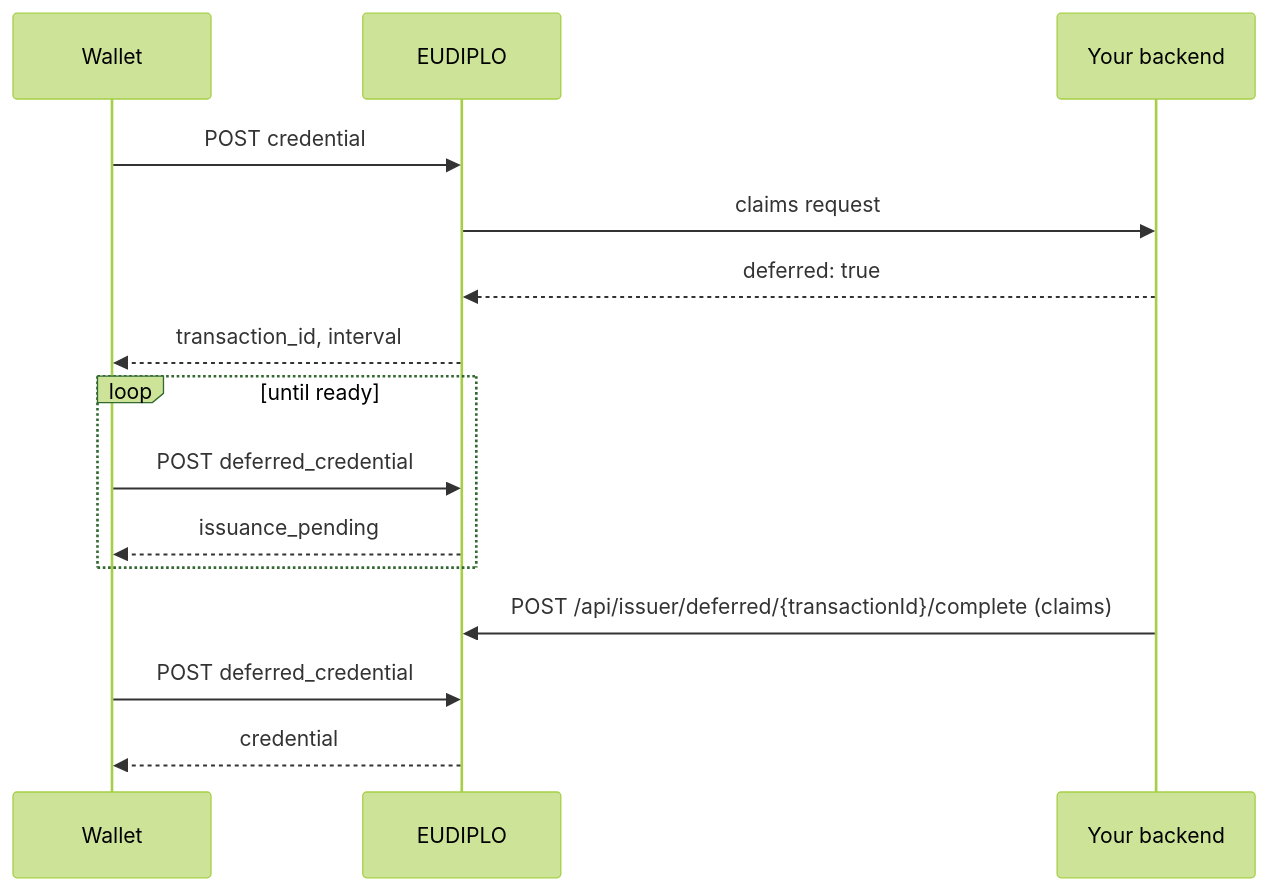
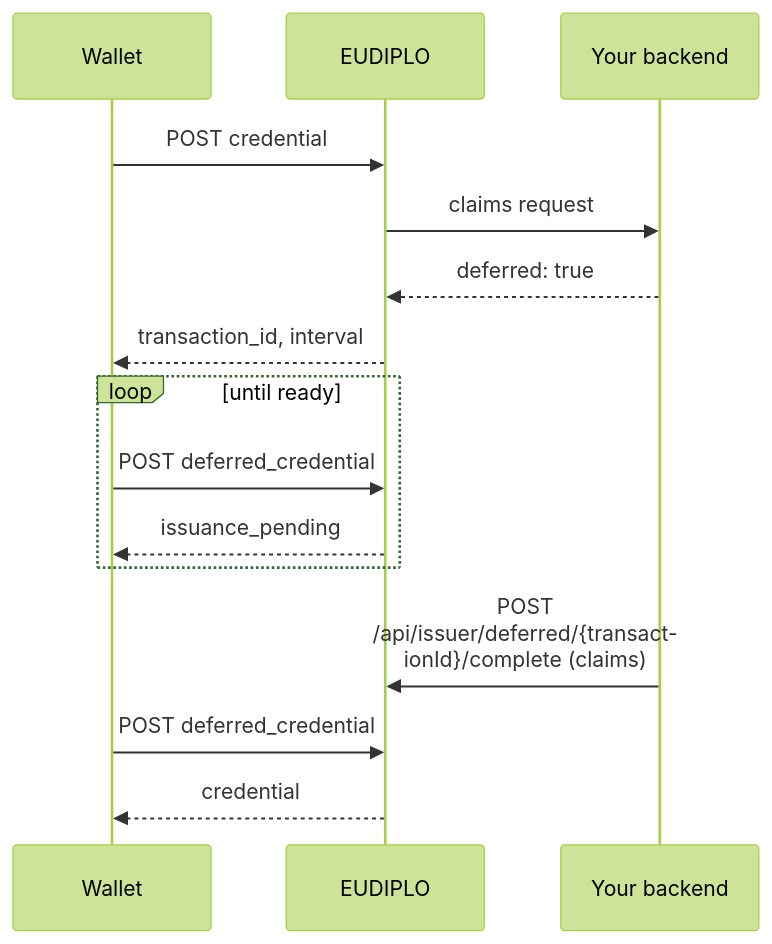
Before and after one commit to Cypher-CP0/eudiplo: the second of 3 diagrams in apps/docs/docs/concepts/issuance.md, drawn with Mermaid (forest theme). The commit also changed other lines of this file and 27 other files, not shown here.

````diff
--- a/apps/docs/docs/concepts/issuance.md
+++ b/apps/docs/docs/concepts/issuance.md
@@ -88,18 +95,25 @@
 ```mermaid
+---
+config:
+  sequence:
+    wrap: true
+    width: 150
+    actorMargin: 50
+---
 sequenceDiagram
     participant W as Wallet
     participant E as EUDIPLO
     participant BE as Your backend
 
     W->>E: POST credential
     E->>BE: claims request
     BE-->>E: deferred: true
     E-->>W: transaction_id, interval
     loop until ready
         W->>E: POST deferred_credential
         E-->>W: issuance_pending
     end
     BE->>E: POST /api/issuer/deferred/{transactionId}/complete (claims)
     W->>E: POST deferred_credential
     E-->>W: credential
 ```
````
